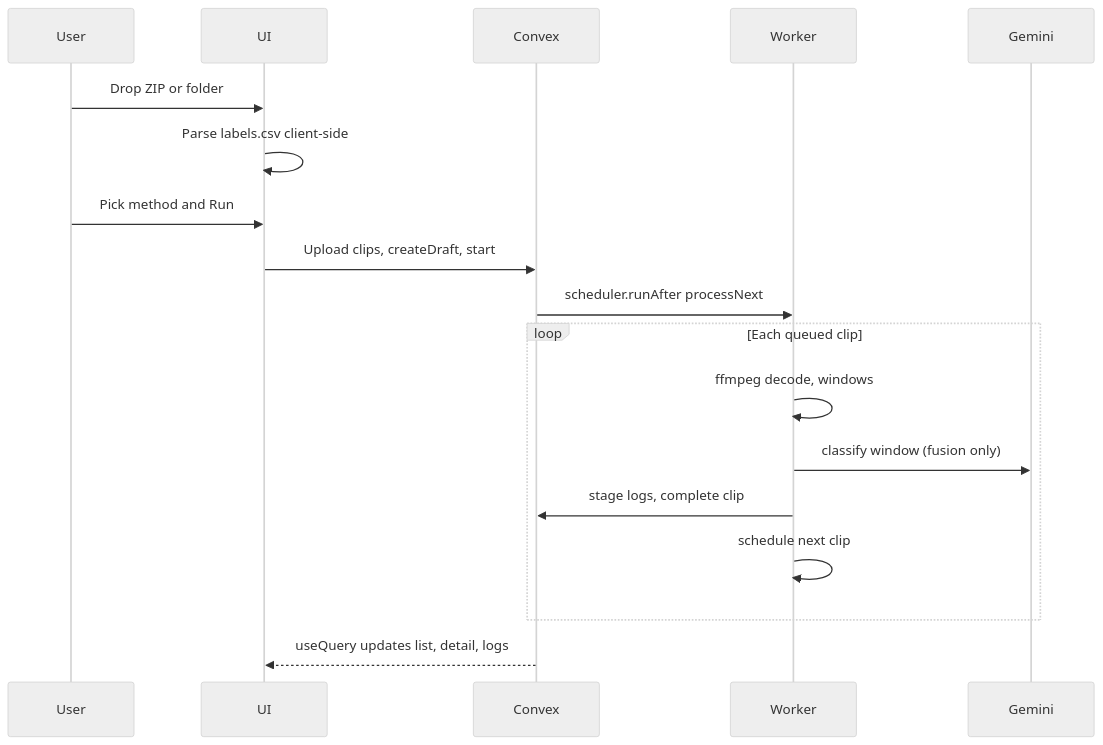
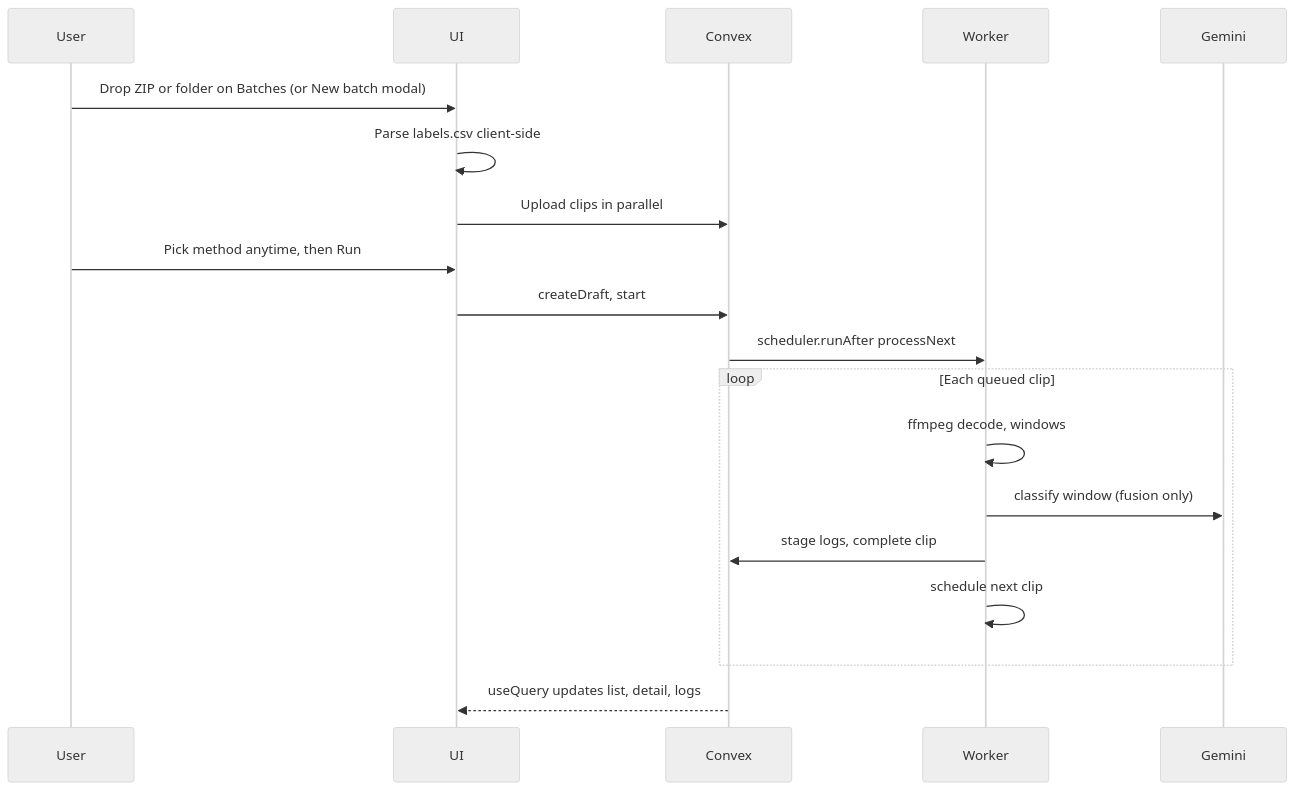
Before and after one commit to ftsaylon/autoace-voice-trial: the second of 2 diagrams in docs/ARCHITECTURE.md, drawn with Mermaid (neutral theme). The commit also changed other lines of this file and 18 other files, not shown here.

First line of the commit message:
Improve sidebar, batch modal, and navigation UX (#1)

````diff
--- a/docs/ARCHITECTURE.md
+++ b/docs/ARCHITECTURE.md
@@ -55,21 +55,22 @@
 ```mermaid
 sequenceDiagram
   participant User
   participant UI
   participant Convex
   participant Worker
   participant Gemini
 
-  User->>UI: Drop ZIP or folder
+  User->>UI: Drop ZIP or folder on Batches (or New batch modal)
   UI->>UI: Parse labels.csv client-side
-  User->>UI: Pick method and Run
-  UI->>Convex: Upload clips, createDraft, start
+  UI->>Convex: Upload clips in parallel
+  User->>UI: Pick method anytime, then Run
+  UI->>Convex: createDraft, start
   Convex->>Worker: scheduler.runAfter processNext
   loop Each queued clip
     Worker->>Worker: ffmpeg decode, windows
     Worker->>Gemini: classify window (fusion only)
     Worker->>Convex: stage logs, complete clip
     Worker->>Worker: schedule next clip
   end
   Convex-->>UI: useQuery updates list, detail, logs
 ```
````
